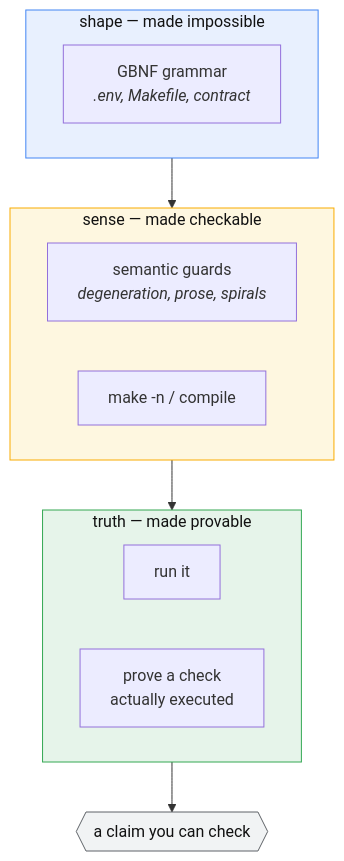
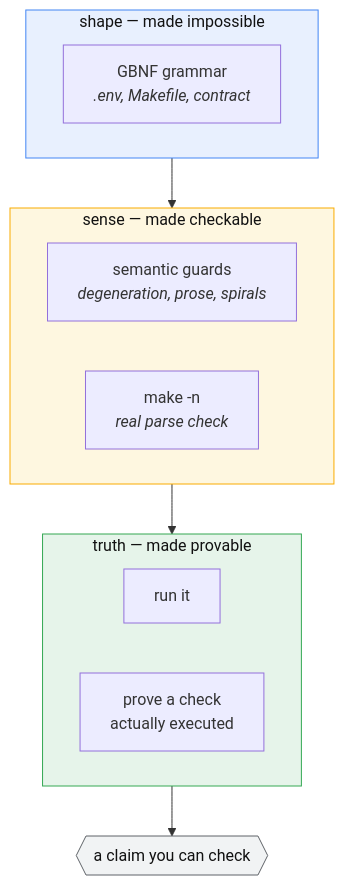
Before and after one commit to jurewiczM/PureCoder: the second of 3 diagrams in README.md, drawn with Mermaid. The commit also changed other lines of this file and 2 other files, not shown here.

First line of the commit message:
docs: stop advertising compile() as a live validator

````diff
--- a/README.md
+++ b/README.md
@@ -66,25 +66,25 @@
 ```mermaid
 flowchart TB
     subgraph shape["shape — made impossible"]
         direction LR
         G1[GBNF grammar<br/><i>.env, Makefile, contract</i>]
     end
     subgraph sense["sense — made checkable"]
         direction LR
         V1[semantic guards<br/><i>degeneration, prose, spirals</i>]
-        V2[make -n / compile]
+        V2[make -n<br/><i>real parse check</i>]
     end
     subgraph truth["truth — made provable"]
         direction LR
         E1[run it]
         E2[prove a check<br/>actually executed]
     end
 
     shape --> sense --> truth
     truth --> R{{"a claim you can check"}}
 
     style shape fill:#e8f0fe,stroke:#4285f4,color:#111
     style sense fill:#fef7e0,stroke:#f9ab00,color:#111
     style truth fill:#e6f4ea,stroke:#34a853,color:#111
     style R fill:#f1f3f4,stroke:#5f6368,color:#111
 ```
````
